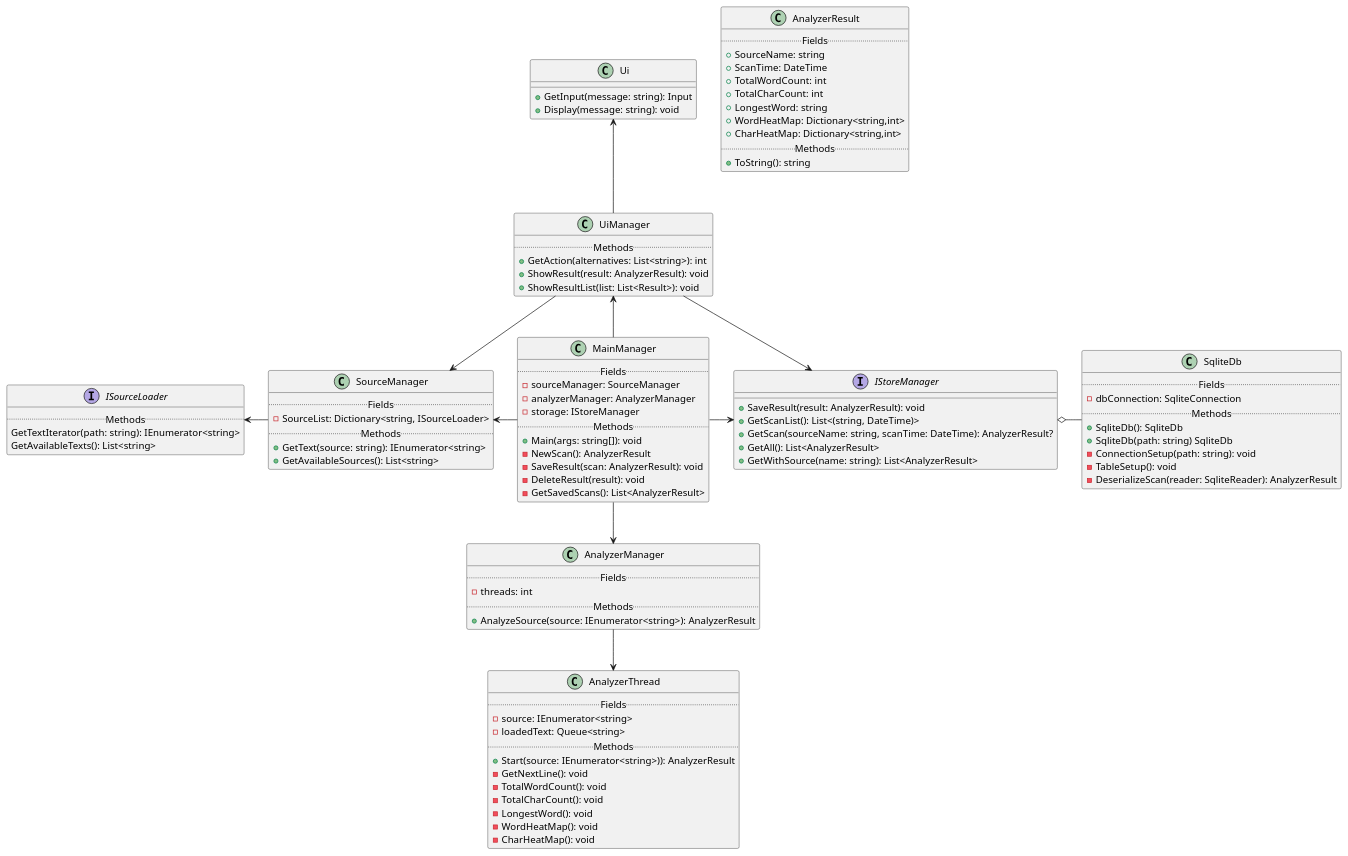
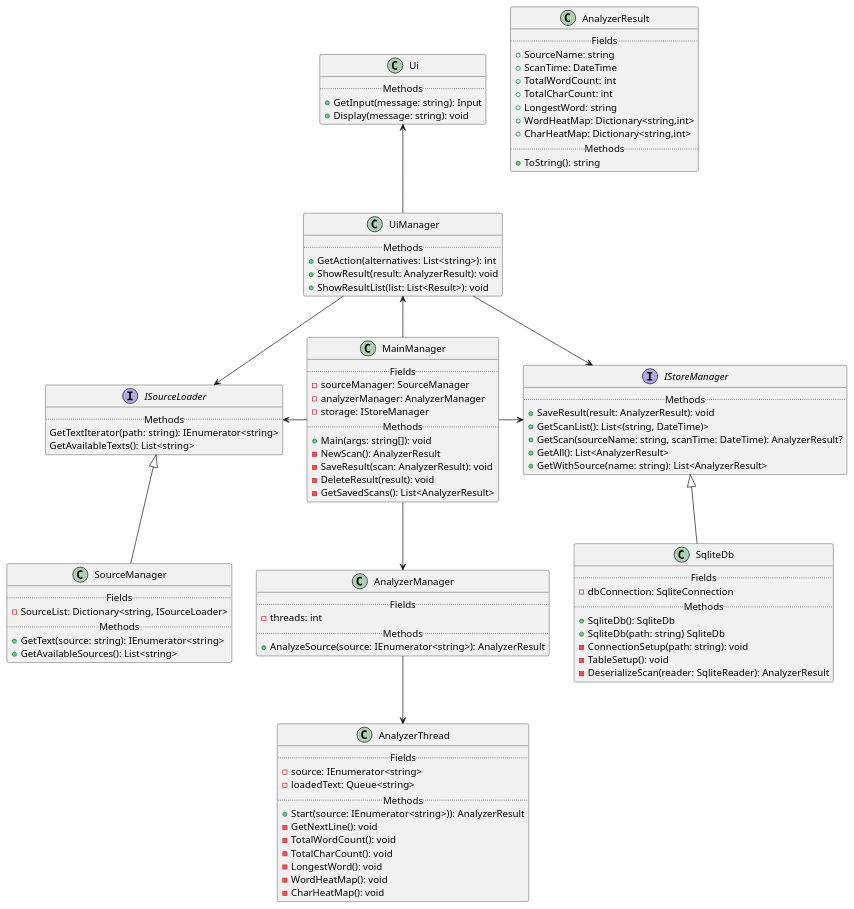
One commit to Mimeas-Studies/pgr3302-1-Software-Design-Exam changed the diagram in diagrams/ClassDiagram_V03.puml. Above: the diagram before and after it, drawn with PlantUML. The commit also changed 12 other files, not shown here.

Commit message:
Fixed diagram and added finished report

```diff
--- a/diagrams/ClassDiagram_V03.puml
+++ b/diagrams/ClassDiagram_V03.puml
@@ -1,117 +1,119 @@
 @startuml
 'https://plantuml.com/
 
 '------interfaces & abstracts-------
 
 interface ISourceLoader {
     ..Methods..
     GetTextIterator(path: string): IEnumerator<string>
     GetAvailableTexts(): List<string>
 }
 
 interface IStoreManager {
+    ..Methods..
     + SaveResult(result: AnalyzerResult): void
     + GetScanList(): List<(string, DateTime)>
     + GetScan(sourceName: string, scanTime: DateTime): AnalyzerResult?
     + GetAll(): List<AnalyzerResult>
     + GetWithSource(name: string): List<AnalyzerResult>
 }
 
 '-----------classes-----------------
 
 class AnalyzerResult {
     ..Fields..
     + SourceName: string
     + ScanTime: DateTime
     + TotalWordCount: int
     + TotalCharCount: int
     + LongestWord: string
     + WordHeatMap: Dictionary<string,int>
     + CharHeatMap: Dictionary<string,int>
     ..Methods..
     + ToString(): string
 }
 
 class MainManager {
     ..Fields..
     - sourceManager: SourceManager
     - analyzerManager: AnalyzerManager
     - storage: IStoreManager
     ..Methods..
     + Main(args: string[]): void
     - NewScan(): AnalyzerResult
     - SaveResult(scan: AnalyzerResult): void
     - DeleteResult(result): void
     - GetSavedScans(): List<AnalyzerResult>
 }
 
 class Ui {
+    ..Methods..
     + GetInput(message: string): Input
     + Display(message: string): void
 }
 
 class UiManager {
     ..Methods..
     + GetAction(alternatives: List<string>): int
     + ShowResult(result: AnalyzerResult): void
     + ShowResultList(list: List<Result>): void
 }
 
 class SourceManager {
     ..Fields..
     - SourceList: Dictionary<string, ISourceLoader>
     ..Methods..
     + GetText(source: string): IEnumerator<string>
     + GetAvailableSources(): List<string> 
 }
 
 class AnalyzerManager {
     ..Fields..
     - threads: int
     ..Methods..
     + AnalyzeSource(source: IEnumerator<string>): AnalyzerResult
 }
 
 class AnalyzerThread {
     ..Fields..
     - source: IEnumerator<string>
     - loadedText: Queue<string>
     ..Methods..
     + Start(source: IEnumerator<string>)): AnalyzerResult
     - GetNextLine(): void
     - TotalWordCount(): void
     - TotalCharCount(): void
     - LongestWord(): void
     - WordHeatMap(): void
     - CharHeatMap(): void
 }
 
 class SqliteDb {
     ..Fields..
     - dbConnection: SqliteConnection
     ..Methods..
     + SqliteDb(): SqliteDb
     + SqliteDb(path: string) SqliteDb
     - ConnectionSetup(path: string): void
     - TableSetup(): void
     - DeserializeScan(reader: SqliteReader): AnalyzerResult
 }
 
 '-----------Relations------------
 
 UiManager <-- MainManager
-UiManager --> SourceManager
+UiManager --> ISourceLoader
 UiManager --> IStoreManager
 
 Ui <-- UiManager
 
-SourceManager <- MainManager
-ISourceLoader <- SourceManager
+ISourceLoader <- MainManager
+ISourceLoader  <|--  SourceManager
 
 MainManager --> AnalyzerManager
 AnalyzerManager --> AnalyzerThread
 
 MainManager -> IStoreManager
-IStoreManager o- SqliteDb
+IStoreManager <|-- SqliteDb
 
 @enduml
```
